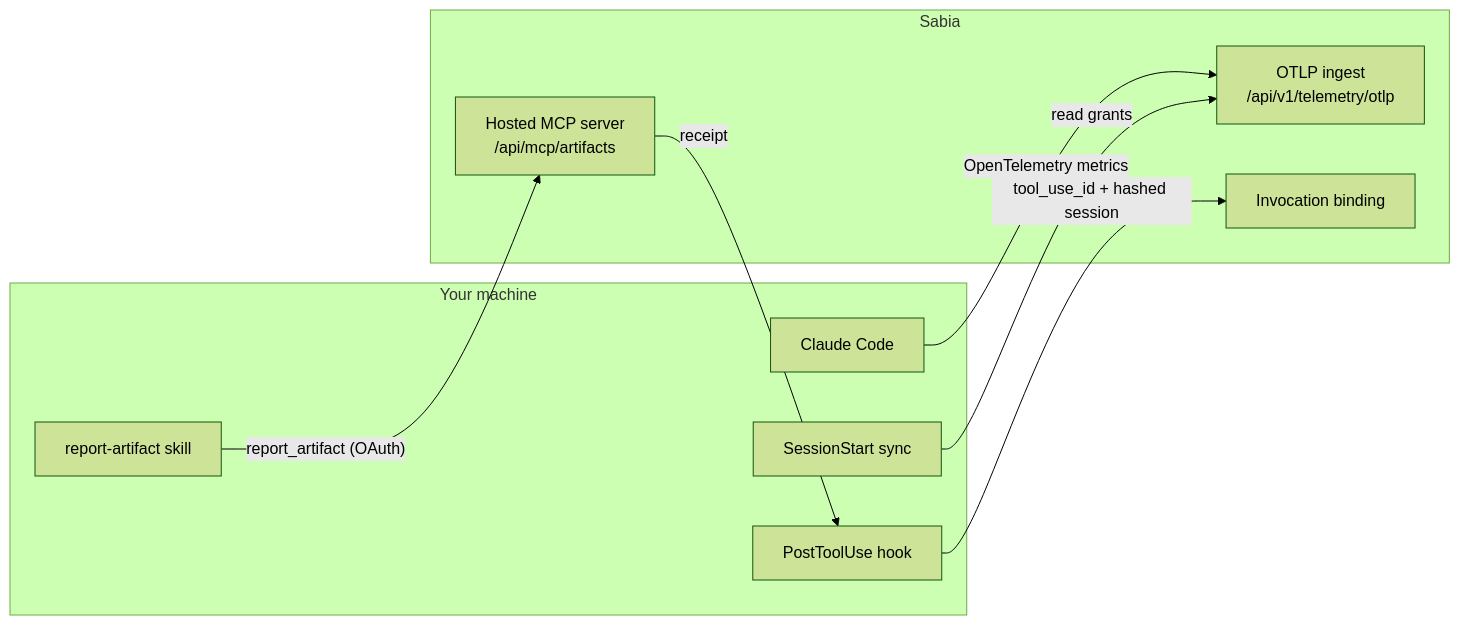
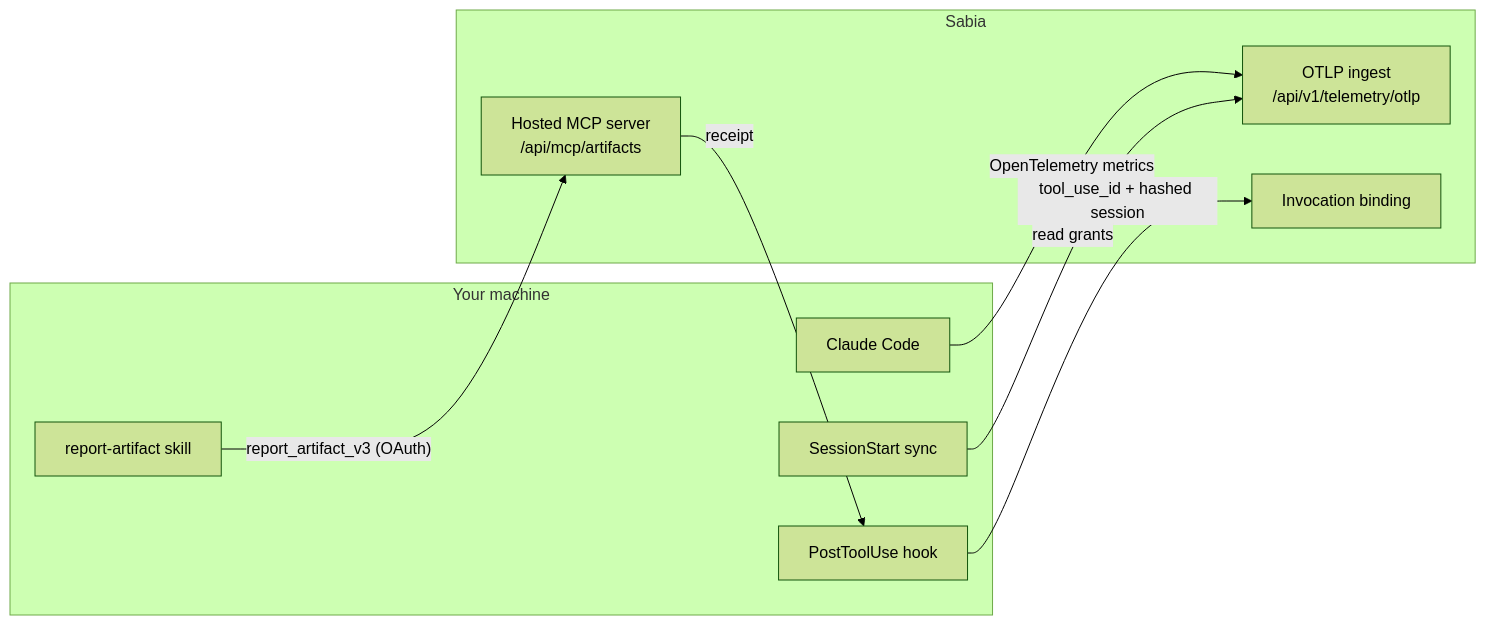
Before and after one commit to Sabia-Partners/sabia-claude-plugin: the diagram in README.md, drawn with Mermaid (forest theme). The commit also changed other lines of this file and 8 other files, not shown here.

Commit message:
report through report_artifact_v3

````diff
--- a/README.md
+++ b/README.md
@@ -87,19 +87,19 @@
 ```mermaid
 flowchart LR
   subgraph Device["Your machine"]
     CC["Claude Code"]
     Skill["report-artifact skill"]
     Hook["PostToolUse hook"]
     Sync["SessionStart sync"]
   end
   subgraph Sabia["Sabia"]
     MCP["Hosted MCP server<br/>/api/mcp/artifacts"]
     OTLP["OTLP ingest<br/>/api/v1/telemetry/otlp"]
     Bind["Invocation binding"]
   end
   CC -- "OpenTelemetry metrics" --> OTLP
-  Skill -- "report_artifact (OAuth)" --> MCP
+  Skill -- "report_artifact_v3 (OAuth)" --> MCP
   MCP -- "receipt" --> Hook
   Hook -- "tool_use_id + hashed session" --> Bind
   Sync -- "read grants" --> OTLP
 ```
````
